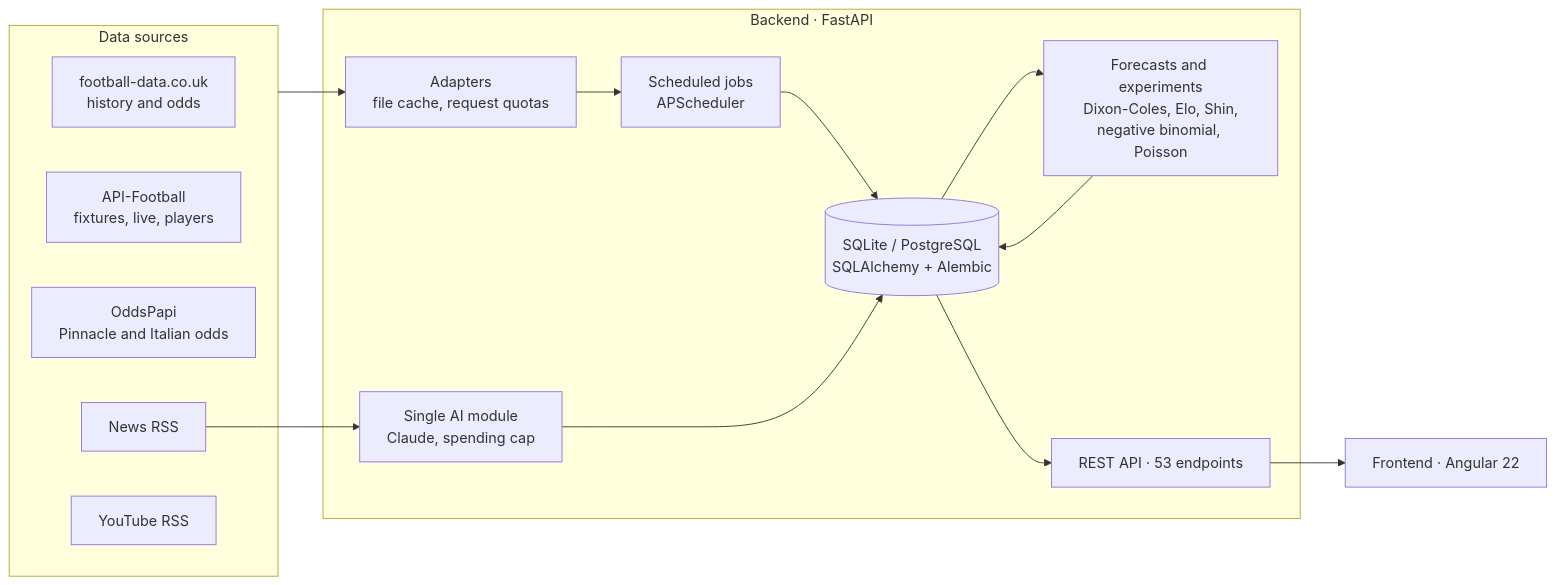
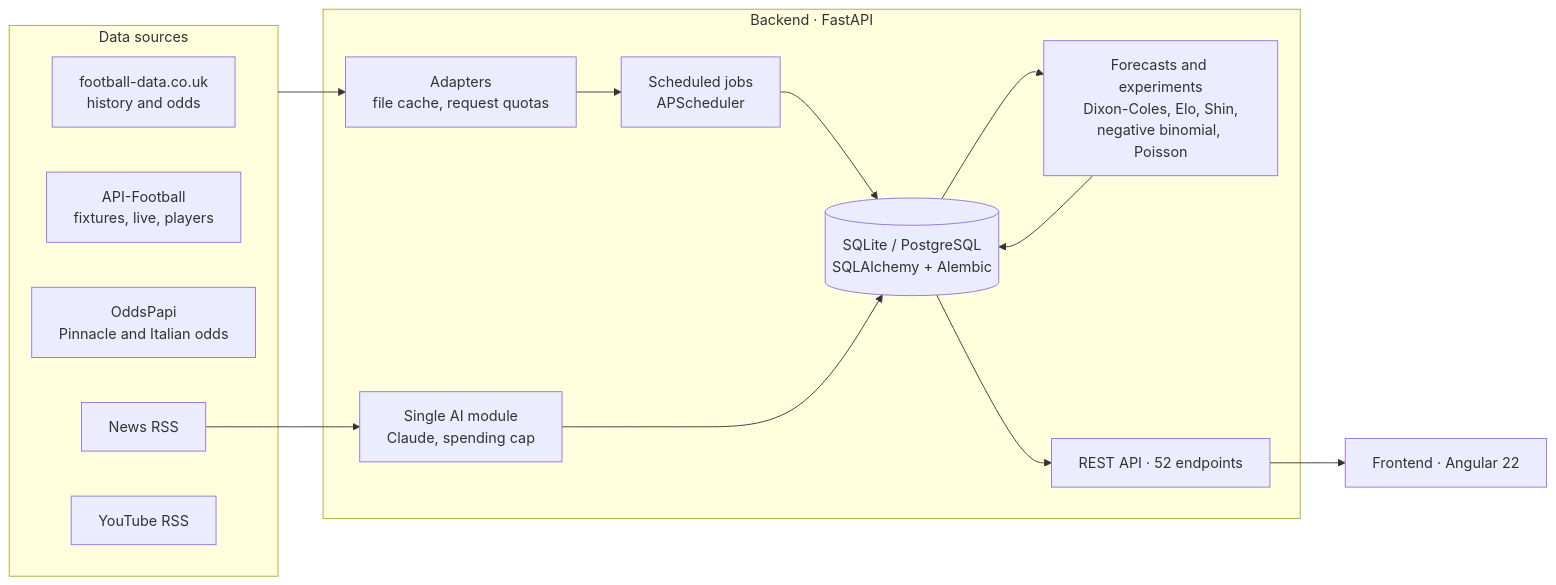
The diagram in README.en.md (giuseppecorso/archiebet), drawn with Mermaid before and after one commit. The commit also changed other lines of this file and 37 other files, not shown here.

````diff
--- a/README.en.md
+++ b/README.en.md
@@ -56,23 +56,23 @@
 ```mermaid
 flowchart LR
   subgraph Sources["Data sources"]
     FD[football-data.co.uk<br/>history and odds]
     AF[API-Football<br/>fixtures, live, players]
     OP[OddsPapi<br/>Pinnacle and Italian odds]
     NW[News RSS]
     YT[YouTube RSS]
   end
   subgraph Backend["Backend · FastAPI"]
     AD[Adapters<br/>file cache, request quotas]
     JOB[Scheduled jobs<br/>APScheduler]
     DB[(SQLite / PostgreSQL<br/>SQLAlchemy + Alembic)]
     FC[Forecasts and experiments<br/>Dixon-Coles, Elo, Shin,<br/>negative binomial, Poisson]
     AI[Single AI module<br/>Claude, spending cap]
-    API[REST API · 53 endpoints]
+    API[REST API · 52 endpoints]
   end
   FE[Frontend · Angular 22]
   Sources --> AD --> JOB --> DB
   DB --> FC --> DB
   NW --> AI --> DB
   DB --> API --> FE
 ```
````
